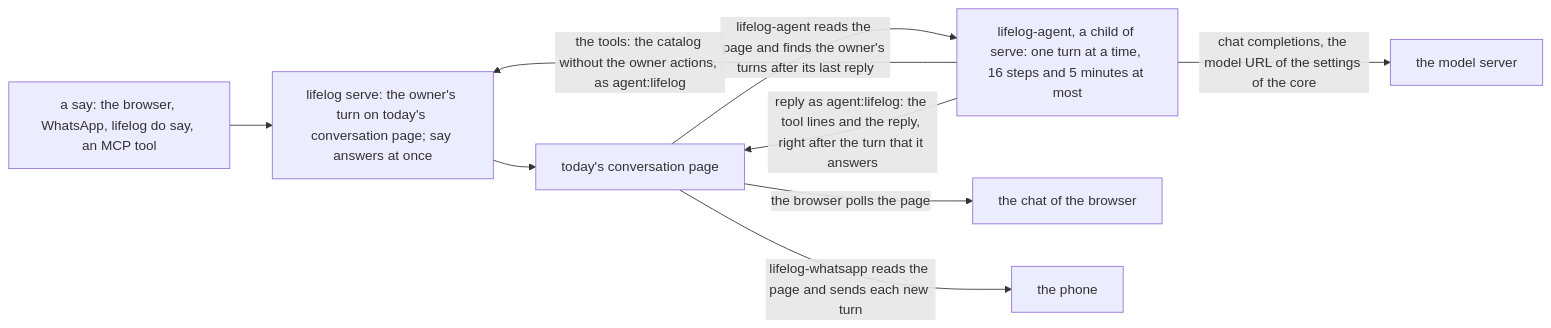
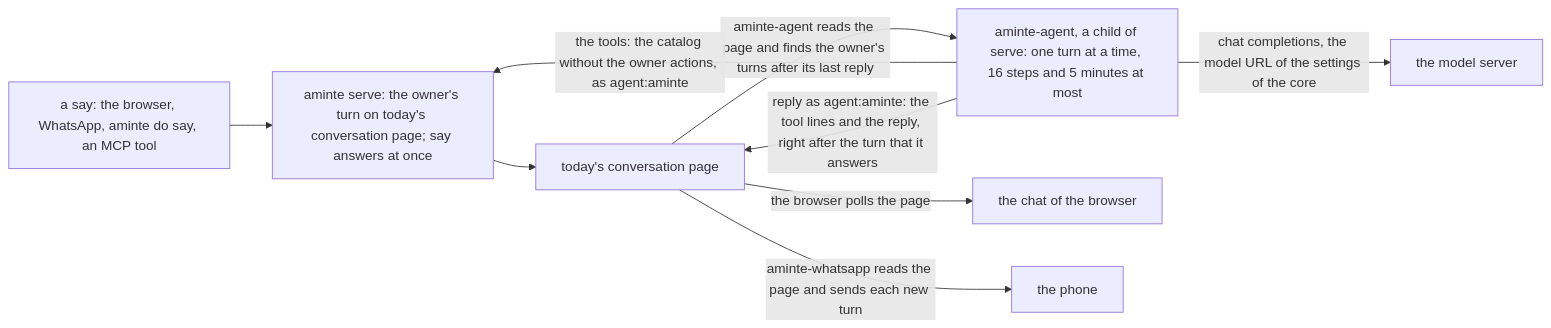
The diagram in docs/plans/162-the-simple-architecture.md (alexradunet/aminte), drawn with Mermaid before and after one commit. The commit also changed other lines of this file and 554 other files, not shown here.

First line of the commit message:
rename the project from lifelog to aminte

````diff
--- a/docs/plans/162-the-simple-architecture.md
+++ b/docs/plans/162-the-simple-architecture.md
@@ -60,11 +60,11 @@
 ```mermaid
 flowchart LR
-  S["a say: the browser, WhatsApp, lifelog do say, an MCP tool"] --> C["lifelog serve: the owner's turn on today's conversation page; say answers at once"]
+  S["a say: the browser, WhatsApp, aminte do say, an MCP tool"] --> C["aminte serve: the owner's turn on today's conversation page; say answers at once"]
   C --> P["today's conversation page"]
-  P -->|"lifelog-agent reads the page and finds the owner's turns after its last reply"| Q["lifelog-agent, a child of serve: one turn at a time, 16 steps and 5 minutes at most"]
+  P -->|"aminte-agent reads the page and finds the owner's turns after its last reply"| Q["aminte-agent, a child of serve: one turn at a time, 16 steps and 5 minutes at most"]
   Q -->|"chat completions, the model URL of the settings of the core"| M["the model server"]
-  Q -->|"the tools: the catalog without the owner actions, as agent:lifelog"| C
-  Q -->|"reply as agent:lifelog: the tool lines and the reply, right after the turn that it answers"| P
+  Q -->|"the tools: the catalog without the owner actions, as agent:aminte"| C
+  Q -->|"reply as agent:aminte: the tool lines and the reply, right after the turn that it answers"| P
   P -->|"the browser polls the page"| B["the chat of the browser"]
-  P -->|"lifelog-whatsapp reads the page and sends each new turn"| W["the phone"]
+  P -->|"aminte-whatsapp reads the page and sends each new turn"| W["the phone"]
 ```
````
